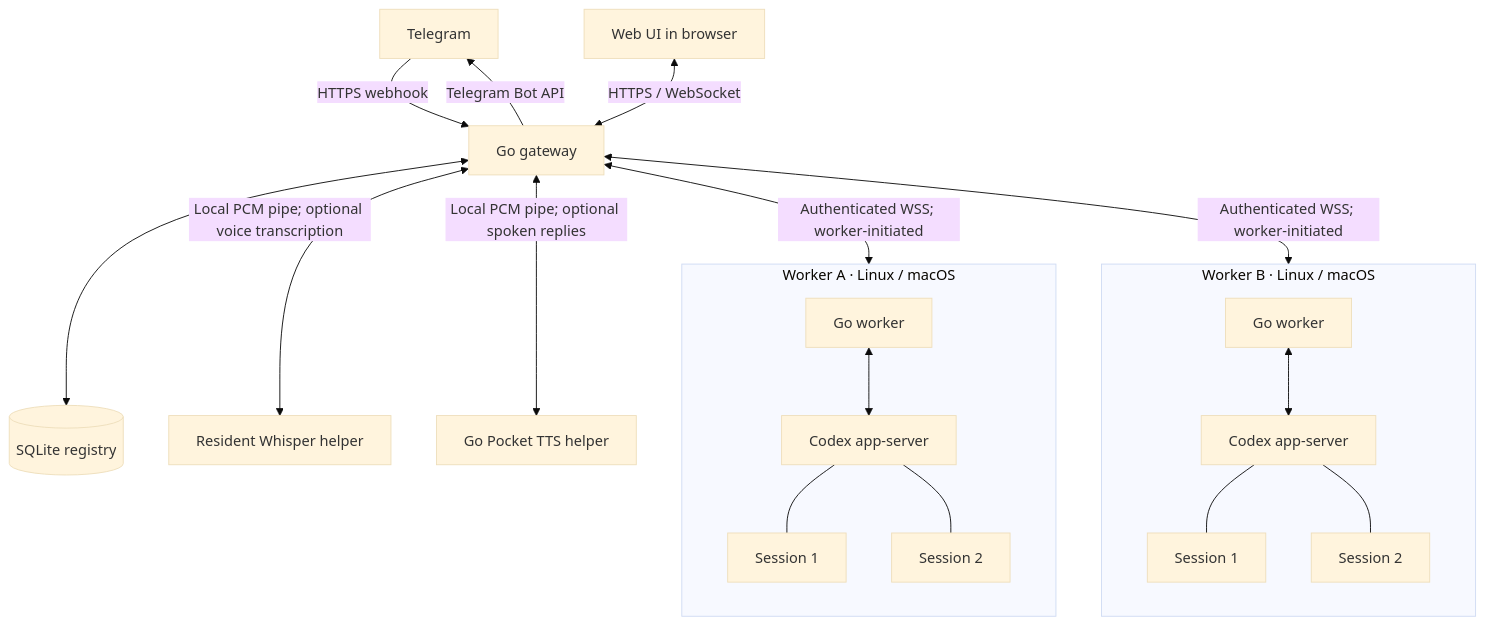
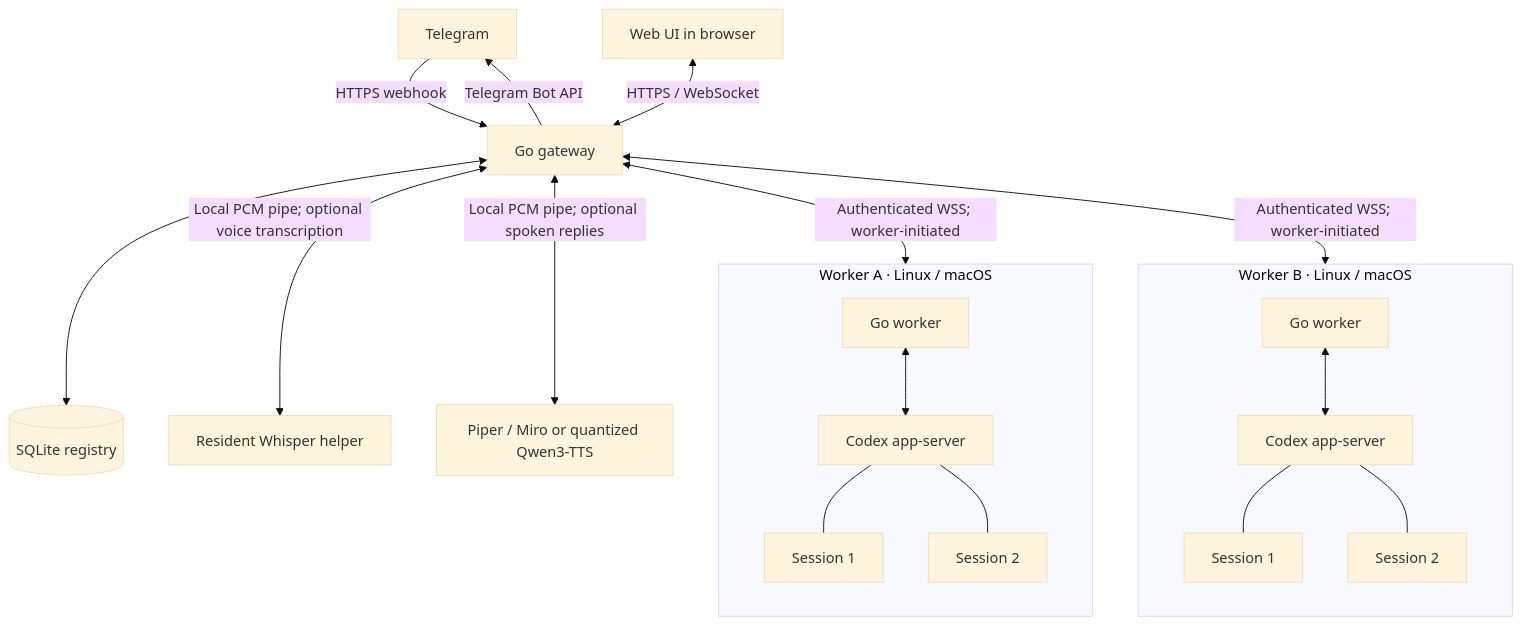
The diagram in README.md (arizzi74/Codex-Telegram-Gateway), drawn with Mermaid (base theme) before and after one commit. The commit also changed other lines of this file and 89 other files, not shown here.

Commit message:
Add selectable Piper and quantized Qwen audio reply engines

````diff
--- a/README.md
+++ b/README.md
@@ -24,39 +24,39 @@
 ```mermaid
 flowchart TB
   telegram["Telegram"]
   browser["Web UI in browser"]
   gateway["Go gateway"]
   registry[("SQLite registry")]
 
   telegram -->|"HTTPS webhook"| gateway
   gateway -->|"Telegram Bot API"| telegram
   browser <-->|"HTTPS / WebSocket"| gateway
   gateway <--> registry
   gateway <-->|"Local PCM pipe; optional voice transcription"| whisper["Resident Whisper helper"]
-  gateway <-->|"Local PCM pipe; optional spoken replies"| speech["Go Pocket TTS helper"]
+  gateway <-->|"Local PCM pipe; optional spoken replies"| speech["Piper / Miro or quantized Qwen3-TTS"]
 
   subgraph machine_a["Worker A · Linux / macOS"]
     direction TB
     worker_a["Go worker"]
     codex_a["Codex app-server"]
     session_a1["Session 1"]
     session_a2["Session 2"]
     worker_a <--> codex_a
     codex_a --- session_a1
     codex_a --- session_a2
   end
 
   subgraph machine_b["Worker B · Linux / macOS"]
     direction TB
     worker_b["Go worker"]
     codex_b["Codex app-server"]
     session_b1["Session 1"]
     session_b2["Session 2"]
     worker_b <--> codex_b
     codex_b --- session_b1
     codex_b --- session_b2
   end
 
   gateway <-->|"Authenticated WSS; worker-initiated"| machine_a
   gateway <-->|"Authenticated WSS; worker-initiated"| machine_b
 ```
````
